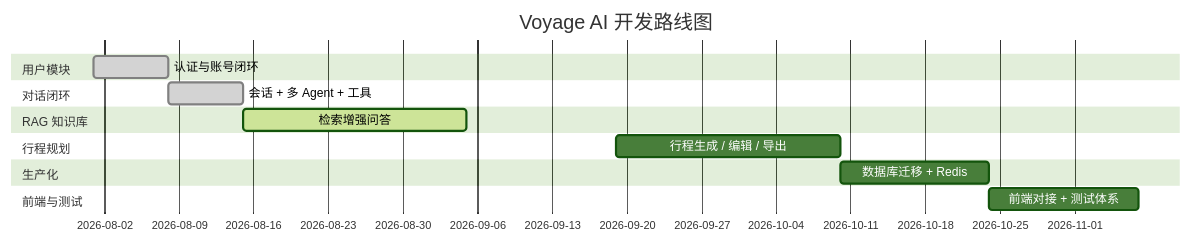
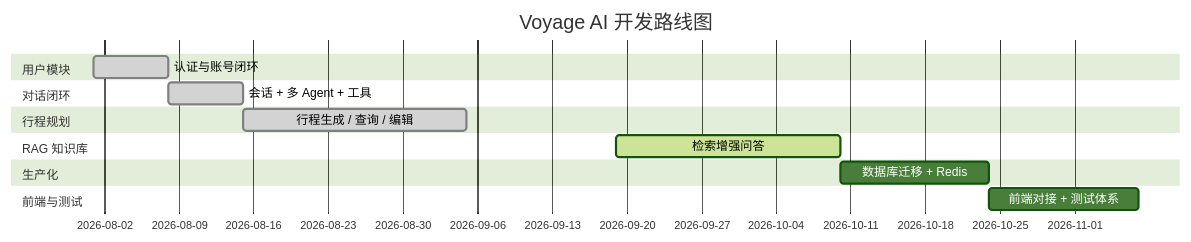
Before and after one commit to Luoqiaocong/voyage: the fifth of 5 diagrams in README.md, drawn with Mermaid (forest theme). The commit also changed other lines of this file, not shown here.

First line of the commit message:
docs(readme): 更新开发路线图与模块进度状态

````diff
--- a/README.md
+++ b/README.md
@@ -201,23 +201,23 @@
 ```mermaid
 gantt
     title Voyage AI 开发路线图
     dateFormat  YYYY-MM-DD
 
     section 用户模块
     认证与账号闭环        :done, p1, 2026-08-01, 7d
 
     section 对话闭环
     会话 + 多 Agent + 工具  :done, p2, 2026-08-08, 7d
 
+    section 行程规划
+    行程生成 / 查询 / 编辑  :done, p3, 2026-08-15, 21d
+
     section RAG 知识库
-    检索增强问答          :active, p3, 2026-08-15, 21d
-
-    section 行程规划
-    行程生成 / 编辑 / 导出  :p4, 2026-09-19, 21d
+    检索增强问答          :active, p4, 2026-09-19, 21d
 
     section 生产化
     数据库迁移 + Redis     :p5, 2026-10-10, 14d
 
     section 前端与测试
     前端对接 + 测试体系     :p6, 2026-10-24, 14d
 ```
````
